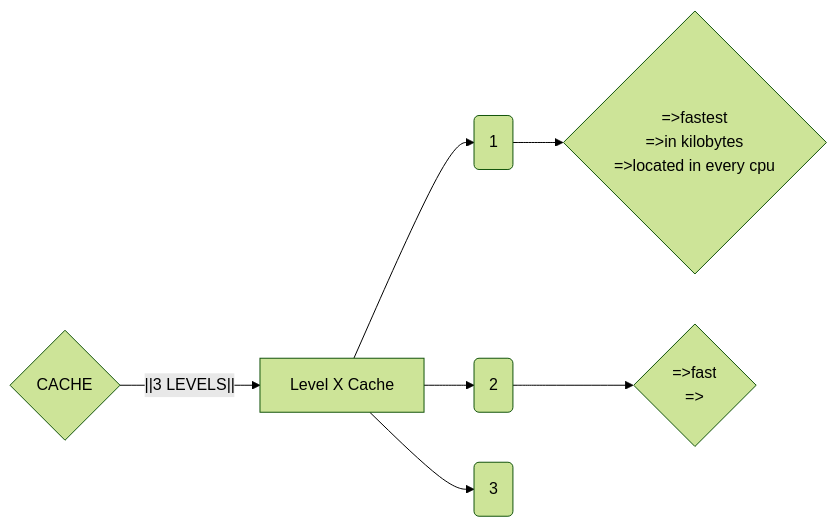
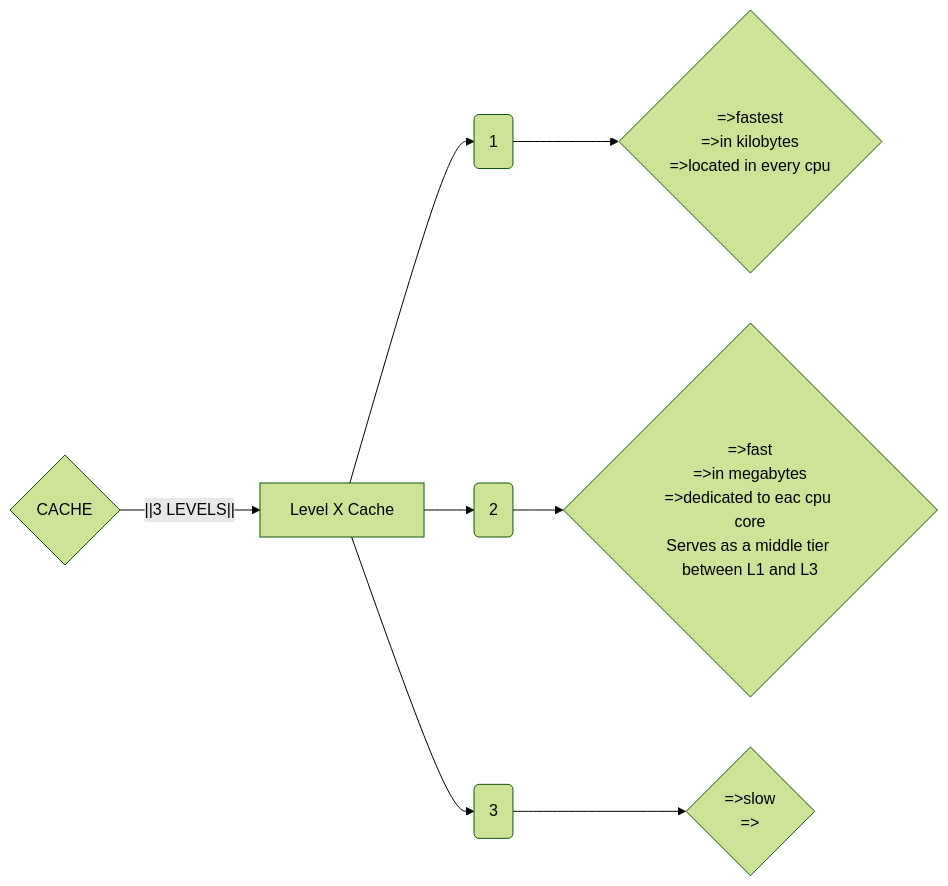
One commit to 0xClumzzy/learning changed the diagram in aox/Notes/Computer architecture.md. Above: the diagram before and after it, drawn with Mermaid (forest theme). The commit also changed other lines of this file, not shown here.

Commit message:
vault backup: 2026-07-26 18:15:01

````diff
--- a/aox/Notes/Computer architecture.md
+++ b/aox/Notes/Computer architecture.md
@@ -11,7 +11,7 @@
 ```mermaid 
 flowchart LR
 a1{CACHE}--||3 LEVELS||-->a2[Level X Cache]
 a2-->A(1)-->p1{=>fastest<br>=>in kilobytes<br>=>located in every cpu}
-a2-->B(2)-->p2{=>fast<br>=>}
-a2-->C(3)
+a2-->B(2)-->p2{=>fast<br>=>in megabytes<br>=>dedicated to eac cpu core<br>Serves as a middle tier between L1 and L3}
+a2-->C(3)-->p3{=>slow<br>=>}
 ```
````
